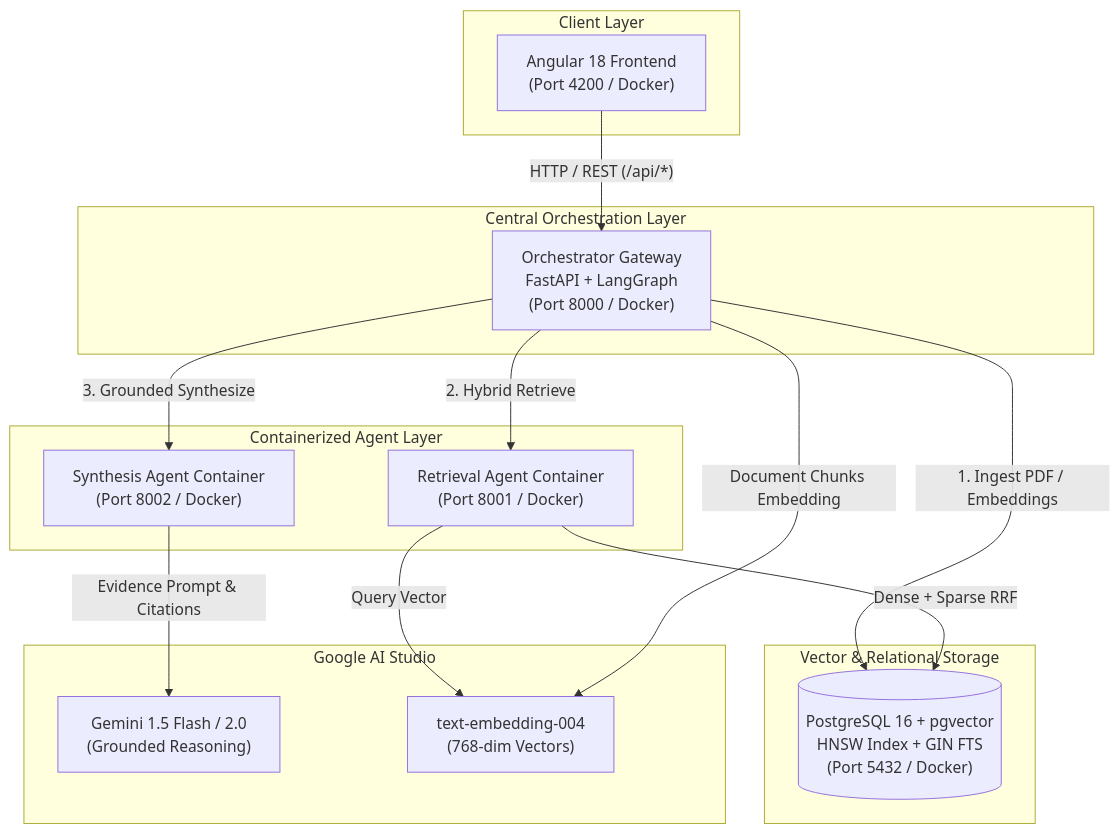
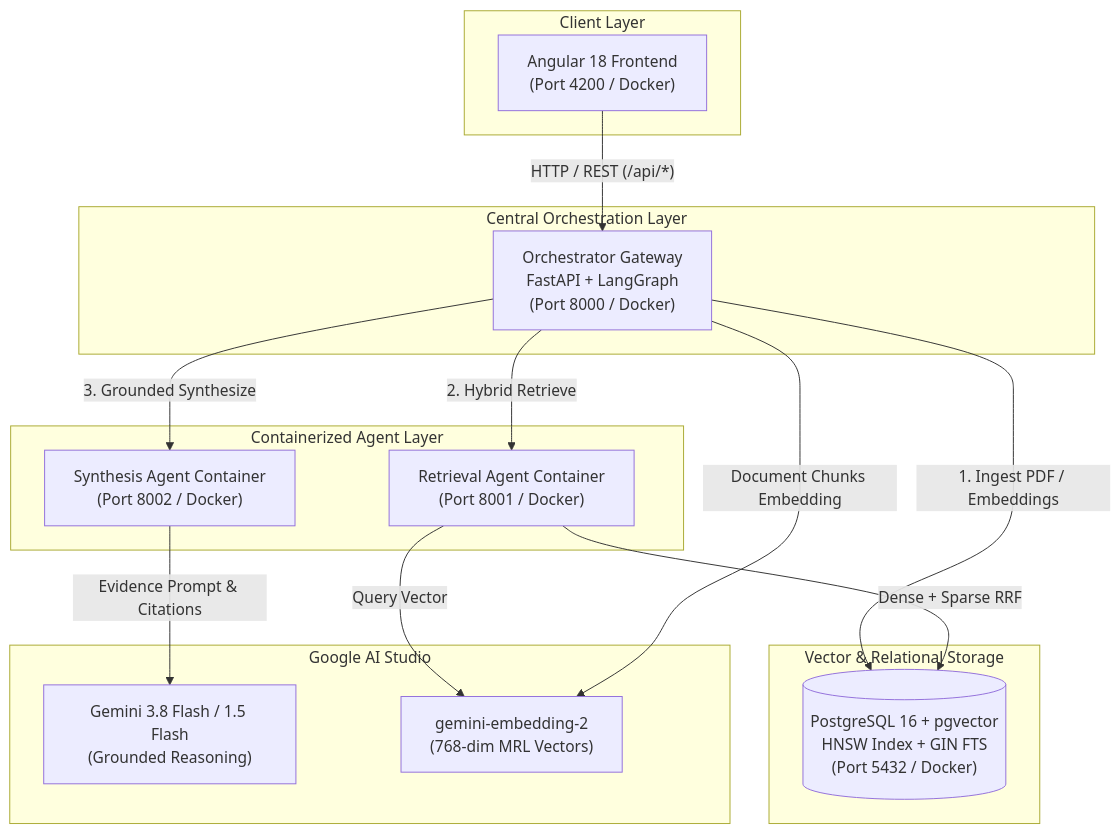
The diagram in README.md (Alayappan/RAG), drawn with Mermaid before and after one commit. The commit also changed other lines of this file and 1 other file, not shown here.

Commit message:
feat: upgrade embedding and LLM models to gemini-embedding-2 and gemini-3.8-flash and add interactive citation preview modal

````diff
--- a/README.md
+++ b/README.md
@@ -11,35 +11,35 @@
 ```mermaid
 flowchart TD
     subgraph Client ["Client Layer"]
         UI["Angular 18 Frontend\n(Port 4200 / Docker)"]
     end
 
     subgraph Gateway ["Central Orchestration Layer"]
         ORCH["Orchestrator Gateway\nFastAPI + LangGraph\n(Port 8000 / Docker)"]
     end
 
     subgraph Agents ["Containerized Agent Layer"]
         RET["Retrieval Agent Container\n(Port 8001 / Docker)"]
         SYN["Synthesis Agent Container\n(Port 8002 / Docker)"]
     end
 
     subgraph Storage ["Vector & Relational Storage"]
         PG[("PostgreSQL 16 + pgvector\nHNSW Index + GIN FTS\n(Port 5432 / Docker)")]
     end
 
     subgraph External ["Google AI Studio"]
-        GEMINI["Gemini 1.5 Flash / 2.0\n(Grounded Reasoning)"]
-        EMBED["text-embedding-004\n(768-dim Vectors)"]
+        GEMINI["Gemini 3.8 Flash / 1.5 Flash\n(Grounded Reasoning)"]
+        EMBED["gemini-embedding-2\n(768-dim MRL Vectors)"]
     end
 
     UI -->|"HTTP / REST (/api/*)"| ORCH
     ORCH -->|"1. Ingest PDF / Embeddings"| PG
     ORCH -->|"2. Hybrid Retrieve"| RET
     ORCH -->|"3. Grounded Synthesize"| SYN
 
     RET -->|"Query Vector"| EMBED
     RET -->|"Dense + Sparse RRF"| PG
 
     SYN -->|"Evidence Prompt & Citations"| GEMINI
     ORCH -->|"Document Chunks Embedding"| EMBED
 ```
````
